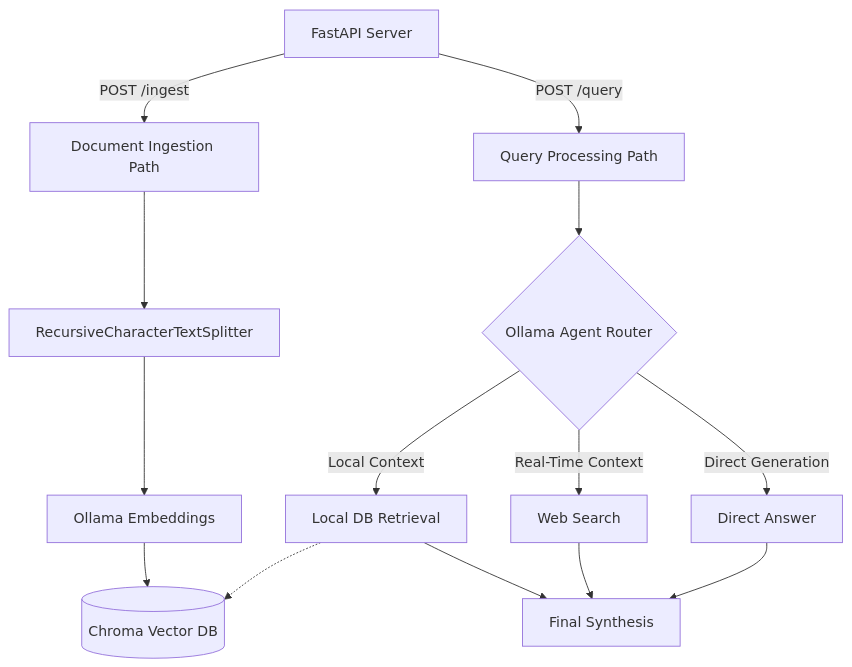
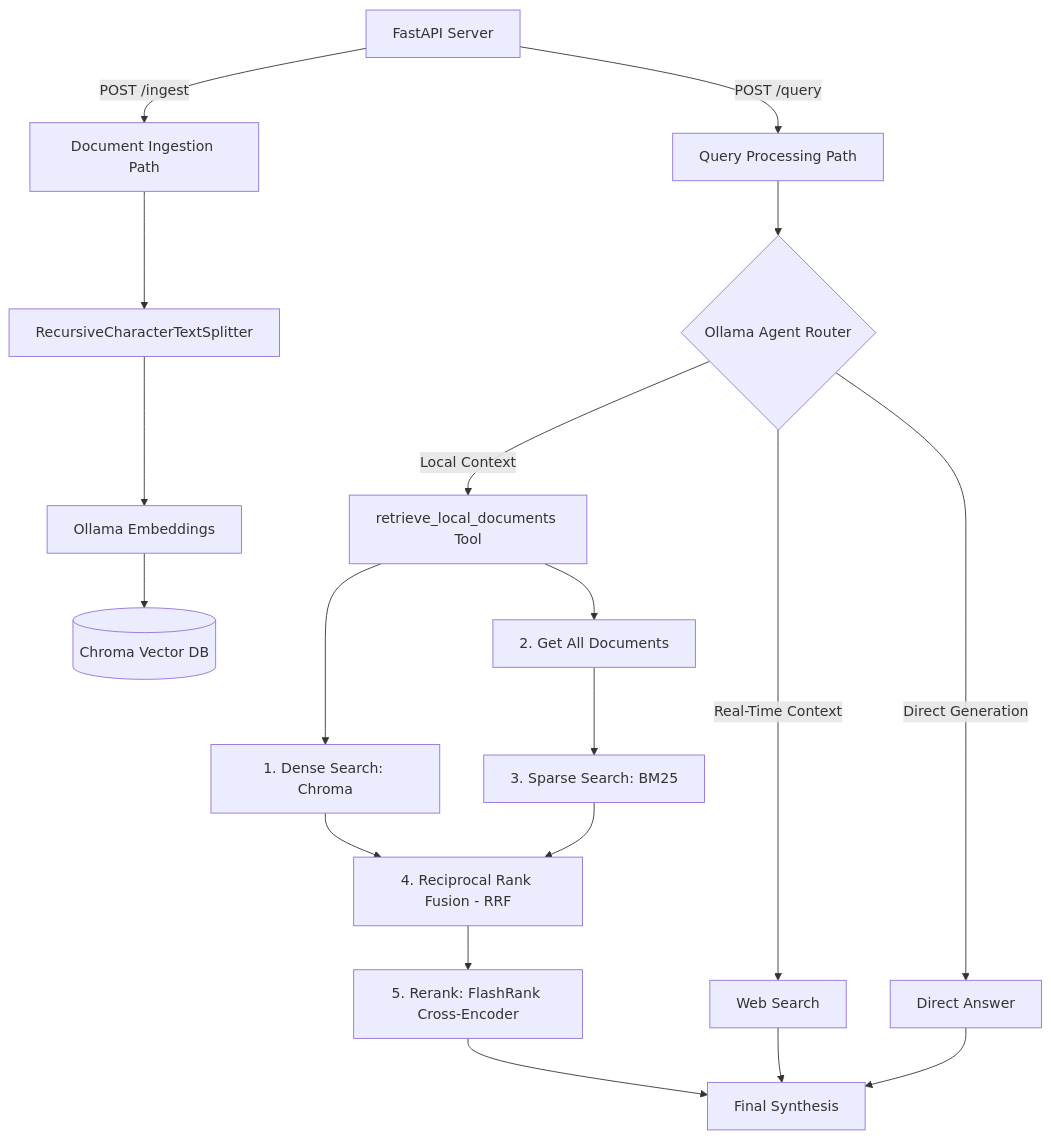
Before and after one commit to boycececil666gmailcom/fintech-rag-chatbot: the first of 3 diagrams in README.md, drawn with Mermaid. The commit also changed other lines of this file and 13 other files, not shown here.

Commit message:
feat: implement hybrid search pipeline with BM25, RRF, and FlashRank reranking tools

````diff
--- a/README.md
+++ b/README.md
@@ -18,23 +18,28 @@
 ```mermaid
 graph TD
     Server[FastAPI Server]
     
     %% Ingest path
     Server -->|POST /ingest| Ingest[Document Ingestion Path]
     Ingest --> Split[RecursiveCharacterTextSplitter]
     Split --> Embed[Ollama Embeddings]
     Embed --> DB[(Chroma Vector DB)]
 
     %% Query path
     Server -->|POST /query| Query[Query Processing Path]
     Query --> Router{Ollama Agent Router}
-    Router -->|Local Context| Local[Local DB Retrieval]
+    Router -->|Local Context| Local[retrieve_local_documents Tool]
     Router -->|Real-Time Context| Web[Web Search]
     Router -->|Direct Generation| Direct[Direct Answer]
     
-    Local -.-> DB
+    Local --> DenseSearch[1. Dense Search: Chroma]
+    Local --> GetDocs[2. Get All Documents]
+    GetDocs --> BM25Search[3. Sparse Search: BM25]
+    DenseSearch --> RRF[4. Reciprocal Rank Fusion - RRF]
+    BM25Search --> RRF
+    RRF --> Rerank[5. Rerank: FlashRank Cross-Encoder]
+    Rerank --> Synth[Final Synthesis]
     
-    Local --> Synth[Final Synthesis]
     Web --> Synth
     Direct --> Synth
 ```
````
